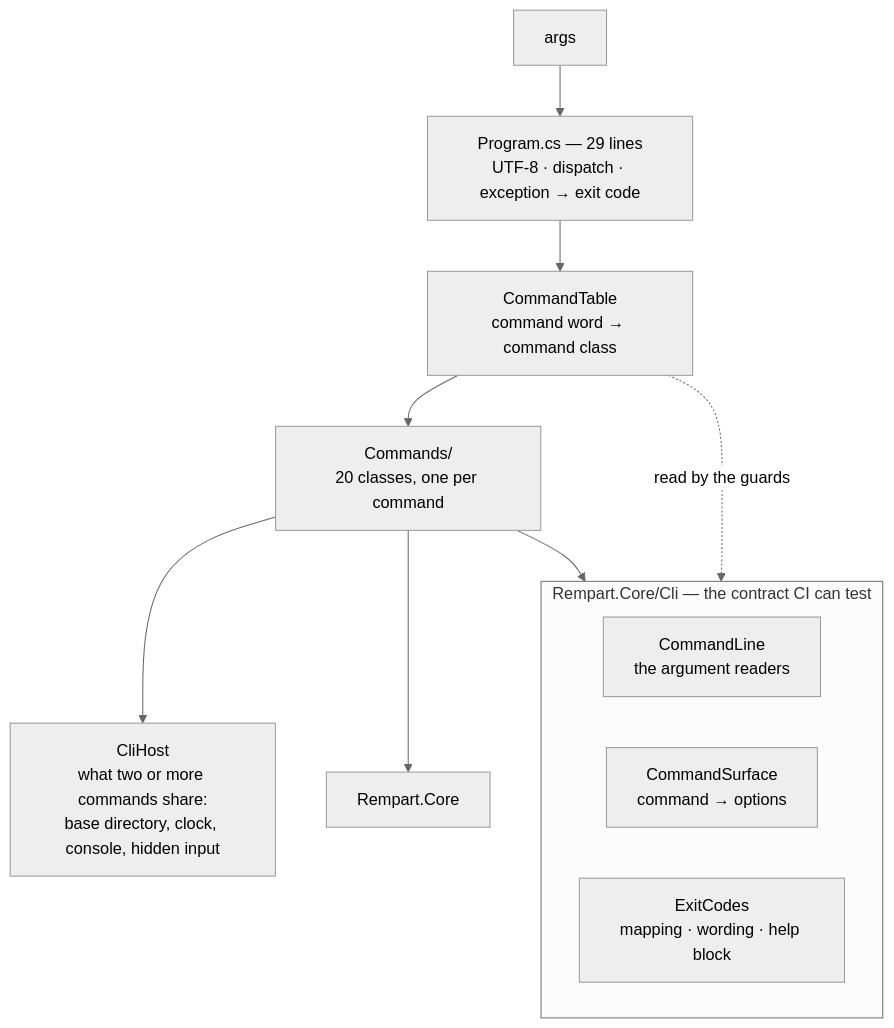
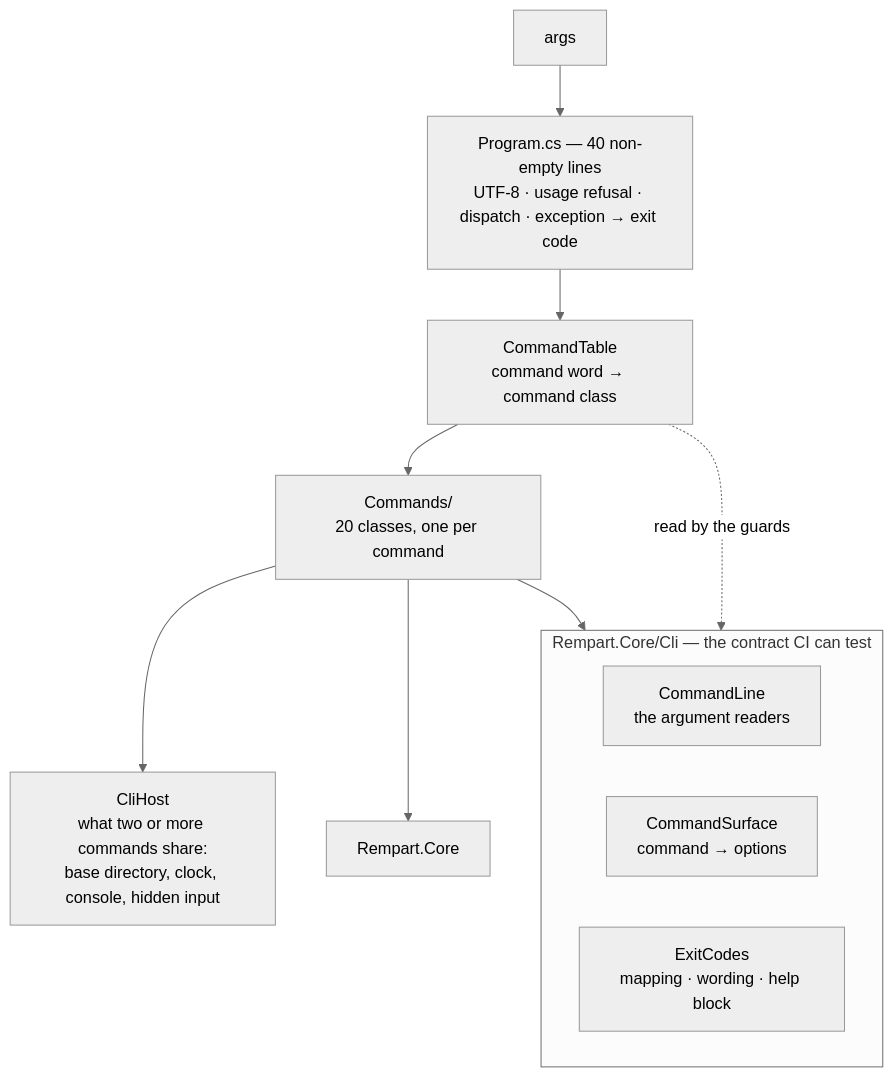
Before and after one commit to naoutix/rempart: the fourth of 4 diagrams in docs/ARCHITECTURE.md, drawn with Mermaid (neutral theme). The commit also changed other lines of this file and 13 other files, not shown here.

````diff
--- a/docs/ARCHITECTURE.md
+++ b/docs/ARCHITECTURE.md
@@ -233,17 +236,17 @@
 ```mermaid
 flowchart TB
-    ARGS["args"] --> PROG["Program.cs — 29 lines<br/>UTF-8 · dispatch · exception → exit code"]
+    ARGS["args"] --> PROG["Program.cs — 40 non-empty lines<br/>UTF-8 · usage refusal · dispatch · exception → exit code"]
     PROG --> TABLE["CommandTable<br/>command word → command class"]
     TABLE --> CMDS["Commands/<br/>20 classes, one per command"]
     CMDS --> HOST["CliHost<br/>what two or more commands share:<br/>base directory, clock, console, hidden input"]
     CMDS --> CORE["Rempart.Core"]
 
     subgraph CONTRACT["Rempart.Core/Cli — the contract CI can test"]
         CL["CommandLine<br/>the argument readers"]
         CS["CommandSurface<br/>command → options"]
         EC["ExitCodes<br/>mapping · wording · help block"]
     end
 
     CMDS --> CONTRACT
     TABLE -. read by the guards .-> CONTRACT
 ```
````
